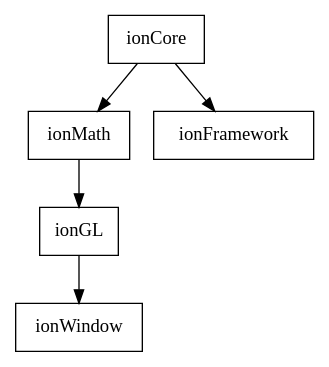
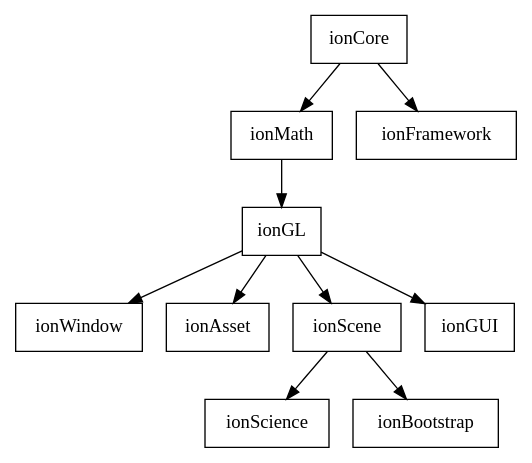
The diagram in Documentation/Dot/ModuleDependencies.dot (iondune/ionEngine), drawn with Graphviz before and after one commit.

Commit message:
+ Add rest of modules to module dependencies chart
--HG--
branch : SceneOverhaul

```diff
--- a/Documentation/Dot/ModuleDependencies.dot
+++ b/Documentation/Dot/ModuleDependencies.dot
@@ -1,8 +1,13 @@
 digraph graphname {
     node [shape=box];
     ionGL [URL="module_g_l.html"];
     ionCore -> ionMath;
     ionCore -> ionFramework;
+    ionMath -> ionGL;
     ionGL -> ionWindow;
-    ionMath -> ionGL;
+    ionGL -> ionAsset;
+    ionGL -> ionScene;
+    ionGL -> ionGUI;
+    ionScene -> ionScience;
+    ionScene -> ionBootstrap;
 }
```
